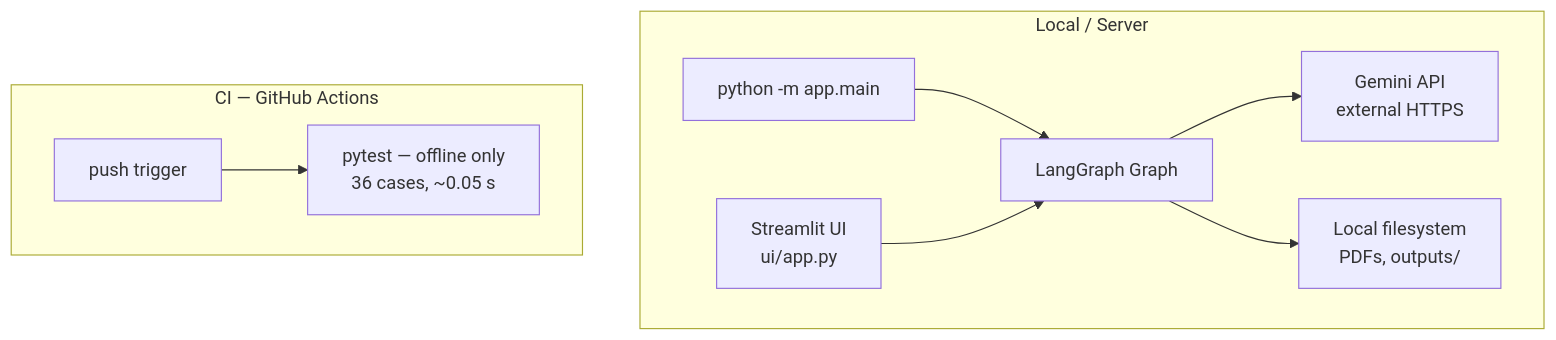
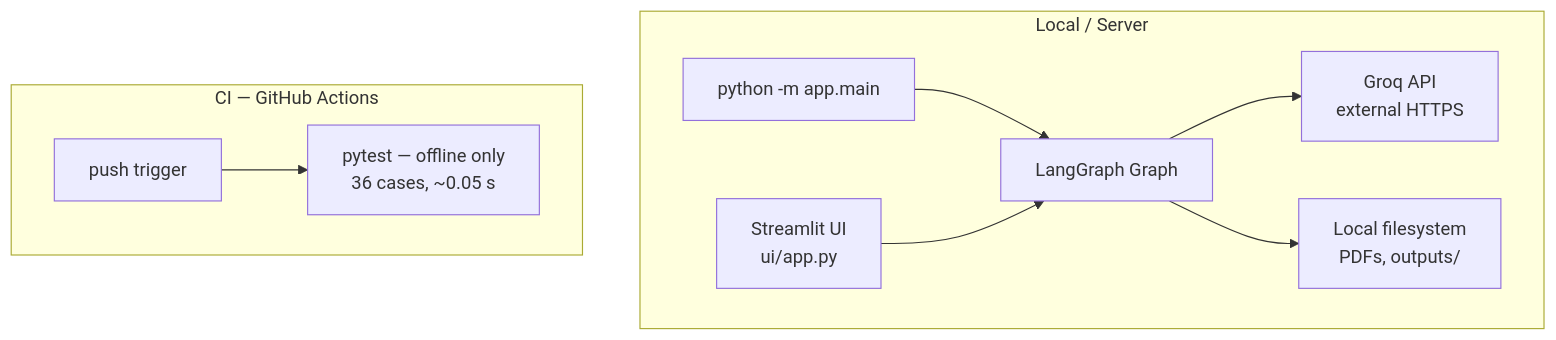
One commit to Faiaz007/Ai-Procurement-Checker changed the eighth of 8 diagrams in docs/ARCHITECTURE.md. Above: the diagram before and after it, drawn with Mermaid. The commit also changed other lines of this file and 6 other files, not shown here.

````diff
--- a/docs/ARCHITECTURE.md
+++ b/docs/ARCHITECTURE.md
@@ -249,13 +250,13 @@
 ```mermaid
 flowchart TD
     subgraph local["Local / Server"]
         CLI["python -m app.main"] --> GR[LangGraph Graph]
         ST["Streamlit UI\nui/app.py"] --> GR
-        GR --> GEMINI["Gemini API\nexternal HTTPS"]
+        GR --> Groq["Groq API\nexternal HTTPS"]
         GR --> FS["Local filesystem\nPDFs, outputs/"]
     end
 
     subgraph ci["CI — GitHub Actions"]
         GH[push trigger] --> PT["pytest — offline only\n36 cases, ~0.05 s"]
     end
 ```
````
